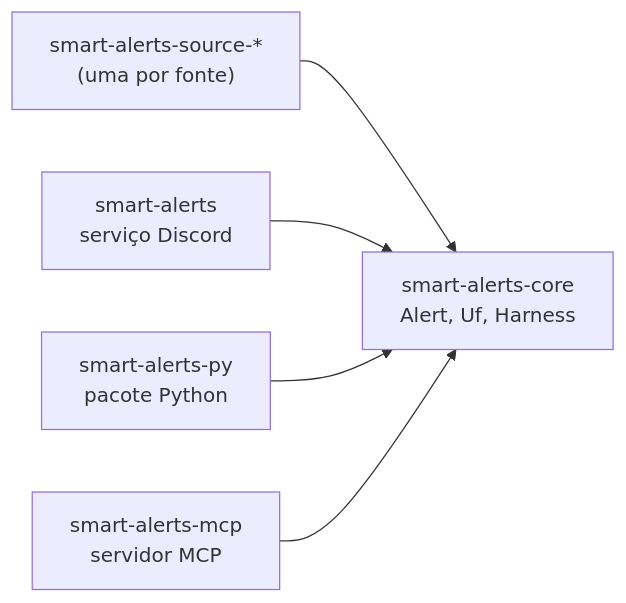
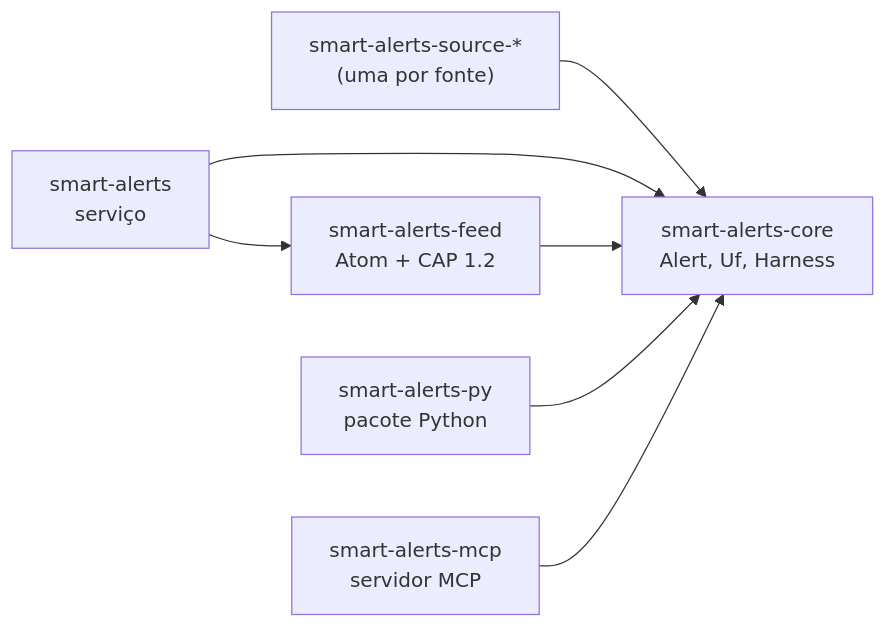
Before and after one commit to piabrota/alerts: the diagram in README.md, drawn with Mermaid. The commit also changed other lines of this file and 10 other files, not shown here.

First line of the commit message:
Add the Atom + CAP 1.2 channel, with parity with Discord

````diff
--- a/README.md
+++ b/README.md
@@ -73,9 +86,10 @@
 ```mermaid
 %% figure: crates
 %% title: Quais crates existem e quem depende de quem?
 flowchart LR
     S["smart-alerts-source-*<br/>(uma por fonte)"] --> C["smart-alerts-core<br/>Alert, Uf, Harness"]
-    D["smart-alerts<br/>serviço Discord"] --> C
+    D["smart-alerts<br/>serviço"] --> C
+    D --> F["smart-alerts-feed<br/>Atom + CAP 1.2"] --> C
     P["smart-alerts-py<br/>pacote Python"] --> C
     M["smart-alerts-mcp<br/>servidor MCP"] --> C
 ```
````
